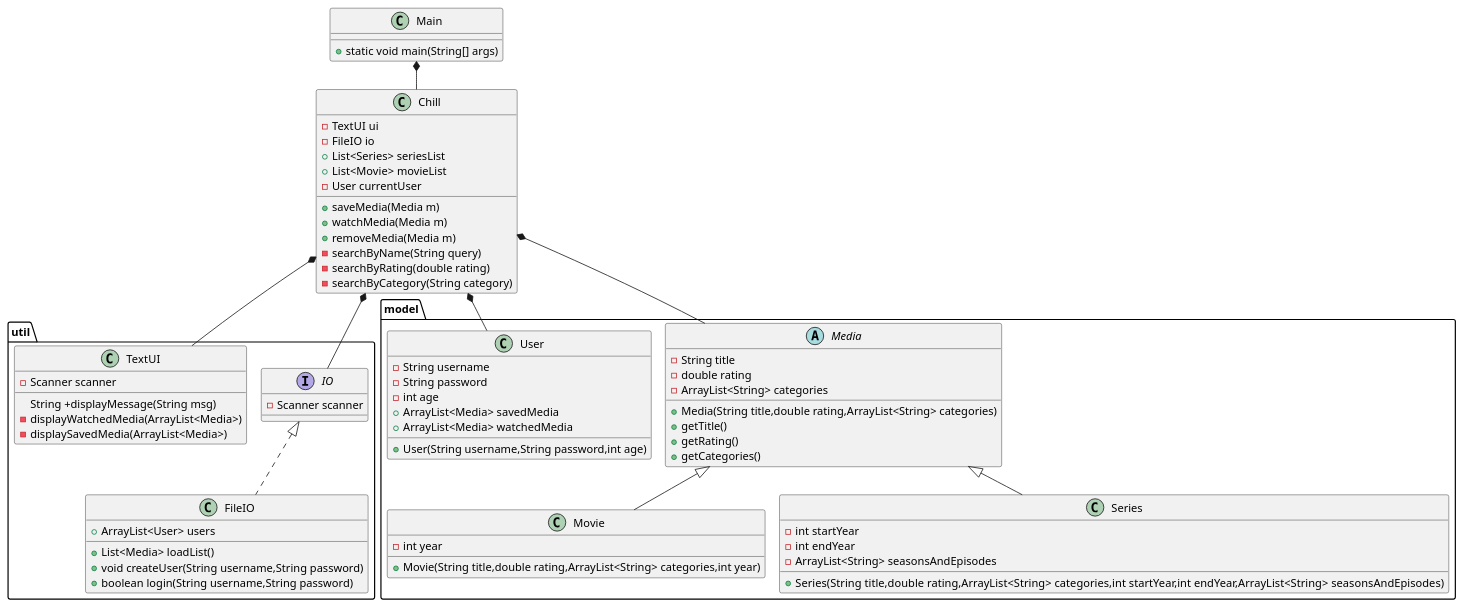
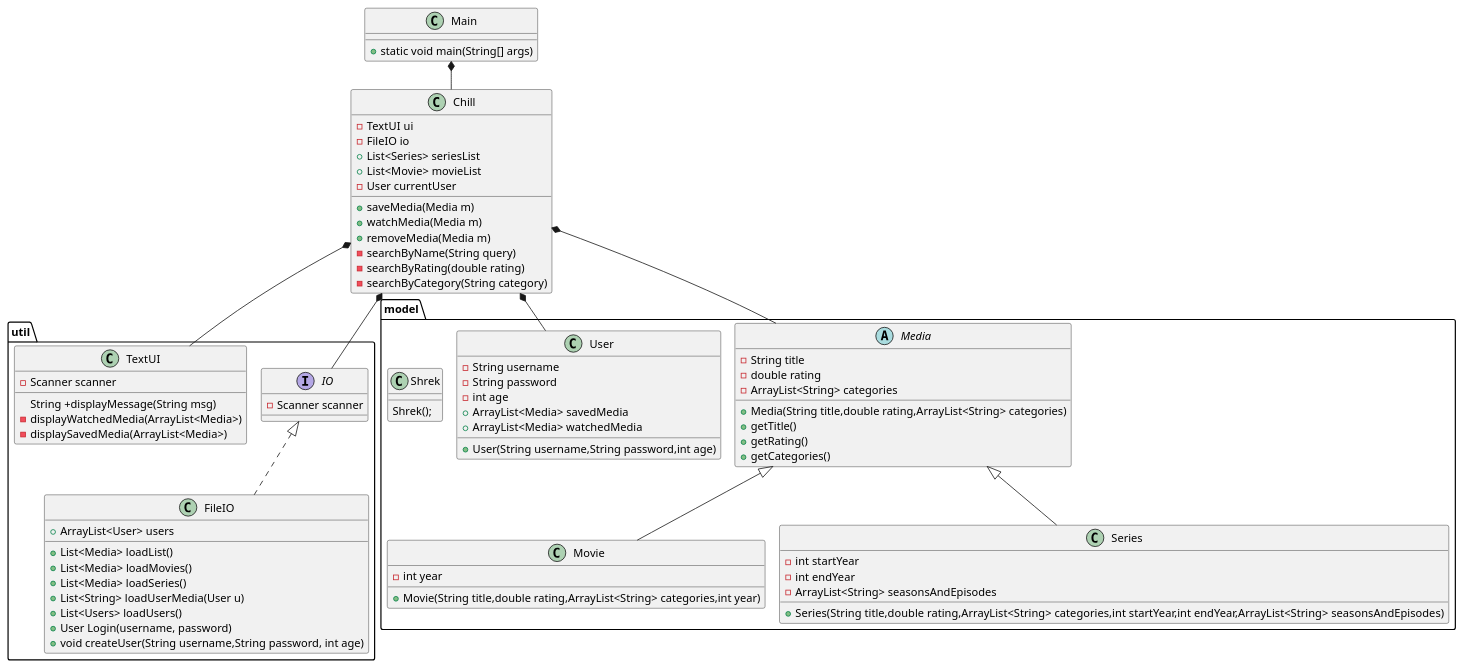
Before and after one commit to Magnewei/SP3: the diagram in doc/Class.puml, drawn with PlantUML. The commit also changed 3 other files, not shown here.

```diff
--- a/doc/Class.puml
+++ b/doc/Class.puml
@@ -1,83 +1,91 @@
 @startuml
 'https://plantuml.com/class-diagram
 !pragma layout smetana
 
 class Main{
     +static void main(String[] args)
 }
 
 class Chill{
     -TextUI ui
     -FileIO io
     +List<Series> seriesList
     +List<Movie> movieList
     -User currentUser
     +saveMedia(Media m)
     +watchMedia(Media m)
     +removeMedia(Media m)
     -searchByName(String query)
     -searchByRating(double rating)
     -searchByCategory(String category)
 }
 
 package "util"{
     Interface IO{
         -Scanner scanner
     }
 
     class FileIO implements IO{
         +ArrayList<User> users
         +List<Media> loadList()
-        +void createUser(String username,String password)
-        +boolean login(String username,String password)
+        +List<Media> loadMovies()
+        +List<Media> loadSeries()
+        +List<String> loadUserMedia(User u)
+        +List<Users> loadUsers()
+        +User Login(username, password)
+        +void createUser(String username,String password, int age)
+
     }
 
     class TextUI{
         -Scanner scanner
         String +displayMessage(String msg)
         -displayWatchedMedia(ArrayList<Media>)
         -displaySavedMedia(ArrayList<Media>)
     }
 }
 
 package "model"{
     abstract class Media{
         -String title
         -double rating
         -ArrayList<String> categories
         +Media(String title,double rating,ArrayList<String> categories)
         +getTitle()
         +getRating()
         +getCategories()
     }
 
     class Movie extends Media{
         -int year
         +Movie(String title,double rating,ArrayList<String> categories,int year)
     }
 
     class Series extends Media{
         -int startYear
         -int endYear
         -ArrayList<String> seasonsAndEpisodes
         +Series(String title,double rating,ArrayList<String> categories,int startYear,int endYear,ArrayList<String> seasonsAndEpisodes)
     }
 
     class User{
         -String username
         -String password
         -int age
         +ArrayList<Media> savedMedia
         +ArrayList<Media> watchedMedia
         +User(String username,String password,int age)
     }
+    class Shrek {
+    Shrek();
+    }
 }
 
 Main *-- Chill
 Chill *-- TextUI
 Chill *-- User
 Chill *-- Media
 Chill *-- IO
 
 
 @enduml
```
